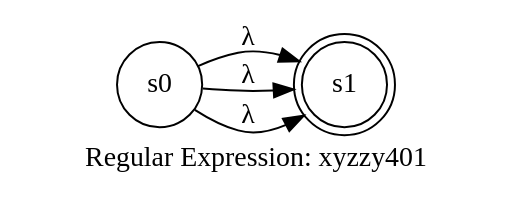
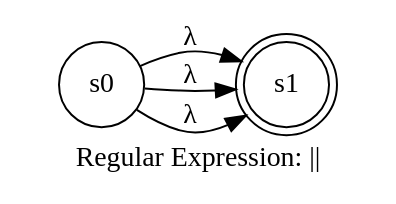
Before and after one commit to pschlump/lexie: the diagram in ref/nfa_0019.gv, drawn with Graphviz. The commit also changed 70 other files, not shown here.

```diff
--- a/ref/nfa_0019.gv
+++ b/ref/nfa_0019.gv
@@ -1,10 +1,10 @@
 digraph finite_state_machine {
-	label="Regular Expression: xyzzy401";
+	label="Regular Expression: ||";
 	rankdir=LR;
 	size="8,5"
 	node [shape = doublecircle]; s1;
 	node [shape = circle];
 	s0 -> s1 [ label = "λ" ];
 	s0 -> s1 [ label = "λ" ];
 	s0 -> s1 [ label = "λ" ];
 }
```
